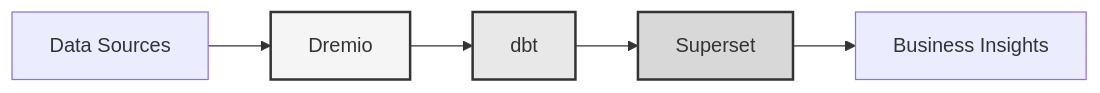
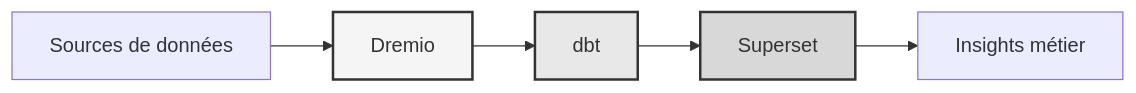
The diagram in docs/i18n/es/README.md (Monsau/Talentys-OSS-Data-Platform), drawn with Mermaid before and after one commit. The commit also changed other lines of this file and 485 other files, not shown here.

First line of the commit message:
feat: v1.1.0 - Complete i18n roadmap, AI services, and data platform

````diff
--- a/docs/i18n/es/README.md
+++ b/docs/i18n/es/README.md
@@ -17,11 +26,11 @@
 ```mermaid
 graph LR
-    A[Data Sources] --> B[Dremio]
+    A[Sources de données] --> B[Dremio]
     B --> C[dbt]
     C --> D[Superset]
-    D --> E[Business Insights]
+    D --> E[Insights métier]
     
     style B fill:#f5f5f5,stroke:#333,stroke-width:2px
     style C fill:#e8e8e8,stroke:#333,stroke-width:2px
     style D fill:#d8d8d8,stroke:#333,stroke-width:2px
 ```
````
